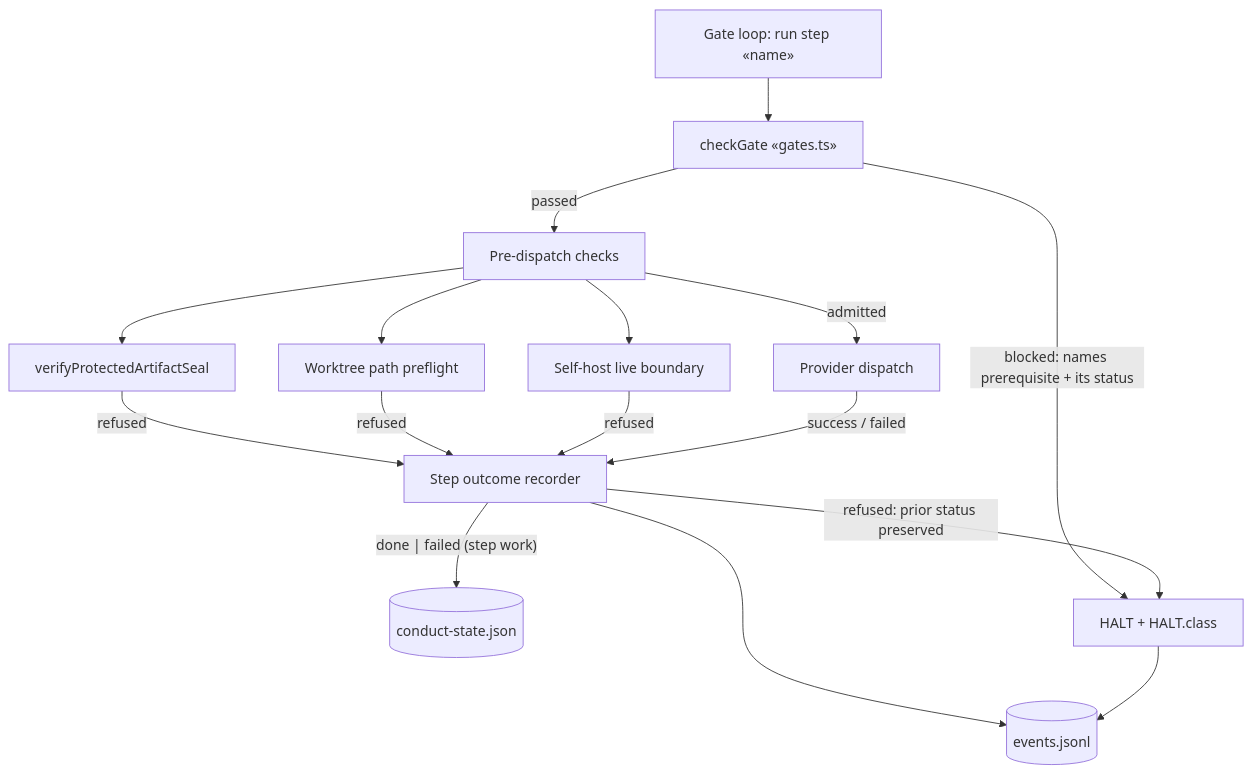
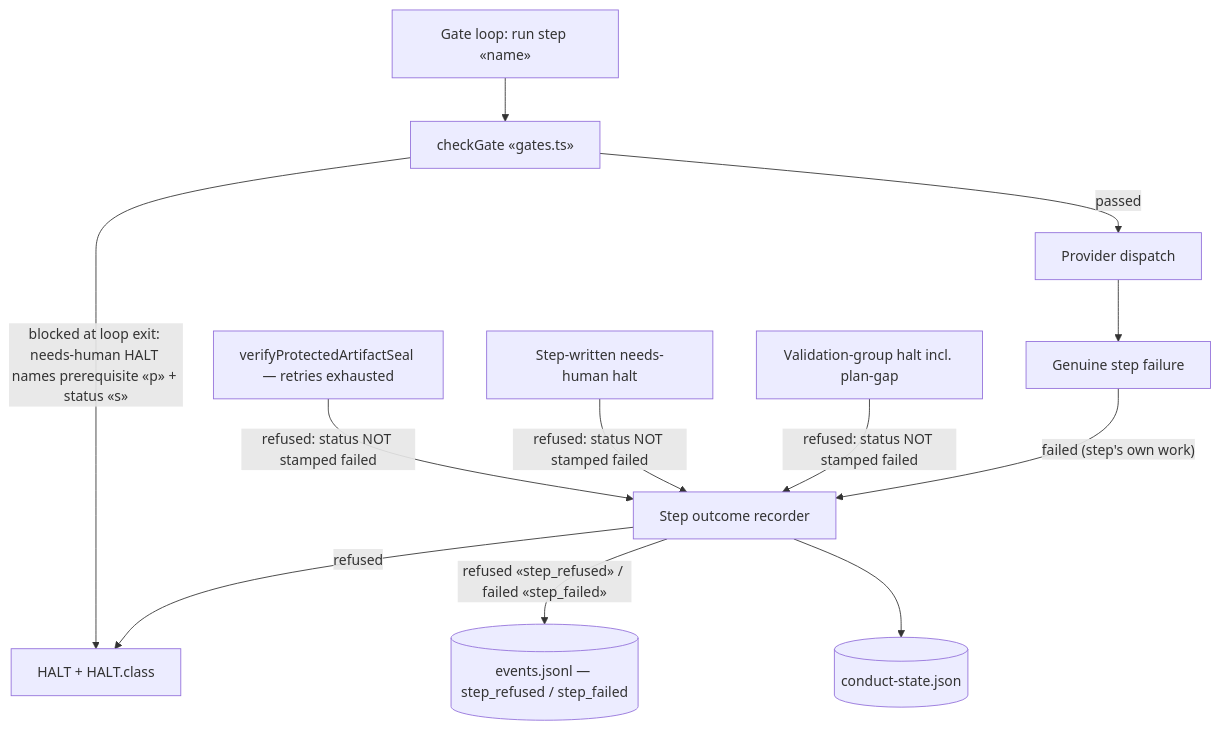
One commit to jstoup111/ai-conductor changed the first of 2 diagrams in .docs/architecture/a-gate-halt-marks-a-completed-build-failed-and-the.md. Above: the diagram before and after it, drawn with Mermaid. The commit also changed other lines of this file and 7 other files, not shown here.

````diff
--- a/.docs/architecture/a-gate-halt-marks-a-completed-build-failed-and-the.md
+++ b/.docs/architecture/a-gate-halt-marks-a-completed-build-failed-and-the.md
@@ -8,30 +14,26 @@
 ```mermaid
 graph TD
   Loop[Gate loop: run step «name»]
   Gate[checkGate «gates.ts»]
-  Pre[Pre-dispatch checks]
-  Seal[verifyProtectedArtifactSeal]
-  Path[Worktree path preflight]
-  Live[Self-host live boundary]
+  Seal[verifyProtectedArtifactSeal — retries exhausted]
+  NH[Step-written needs-human halt]
+  VG[Validation-group halt incl. plan-gap]
   Dispatch[Provider dispatch]
+  Fail[Genuine step failure]
   Outcome[Step outcome recorder]
   State[(conduct-state.json)]
   Halt[HALT + HALT.class]
-  Events[(events.jsonl)]
+  Events[(events.jsonl — step_refused / step_failed)]
 
   Loop --> Gate
-  Gate -- "blocked: names prerequisite + its status" --> Halt
-  Gate -- passed --> Pre
-  Pre --> Seal
-  Pre --> Path
-  Pre --> Live
-  Seal -- refused --> Outcome
-  Path -- refused --> Outcome
-  Live -- refused --> Outcome
-  Pre -- admitted --> Dispatch
-  Dispatch -- "success / failed" --> Outcome
-  Outcome -- "done | failed (step work)" --> State
-  Outcome -- "refused: prior status preserved" --> Halt
-  Outcome --> Events
-  Halt --> Events
+  Gate -- "blocked at loop exit: needs-human HALT names prerequisite «p» + status «s»" --> Halt
+  Gate -- passed --> Dispatch
+  Seal -- "refused: status NOT stamped failed" --> Outcome
+  NH -- "refused: status NOT stamped failed" --> Outcome
+  VG -- "refused: status NOT stamped failed" --> Outcome
+  Dispatch --> Fail
+  Fail -- "failed (step's own work)" --> Outcome
+  Outcome -- "refused «step_refused» / failed «step_failed»" --> Events
+  Outcome --> State
+  Outcome -- refused --> Halt
 ```
````
